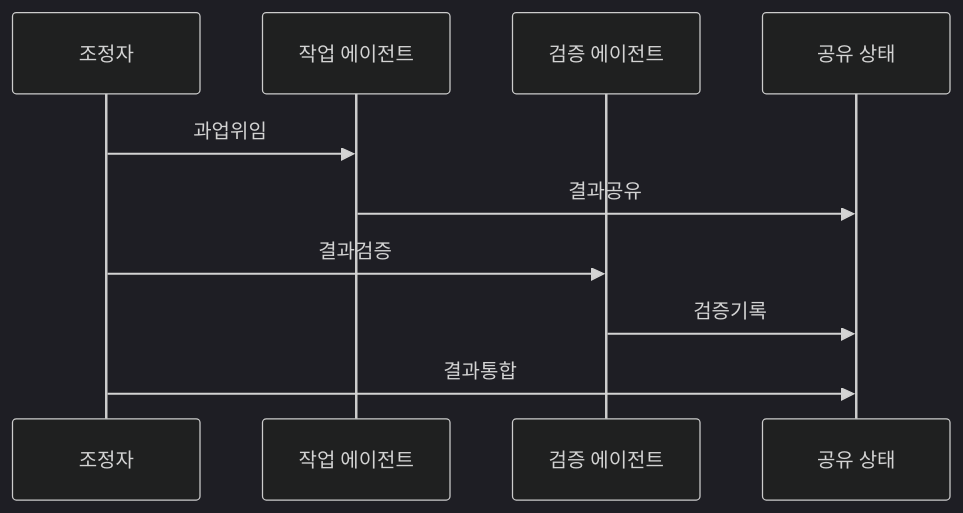
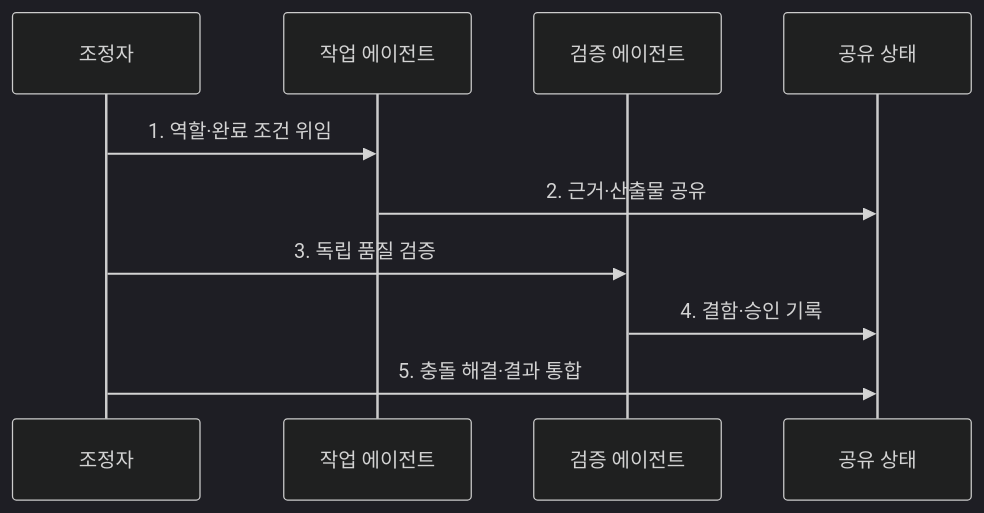
One commit to agnusdei1207/knowledge-base changed the second of 2 diagrams in src/content/docs/notes/08-latest-tech/013_multi_agent_collaboration.md. Above: the diagram before and after it, drawn with Mermaid (dark theme). The commit also changed other lines of this file and 16 other files, not shown here.

Commit message:
Add SVM chart comparisons and continue latest technology rewrite

````diff
--- a/src/content/docs/notes/08-latest-tech/013_multi_agent_collaboration.md
+++ b/src/content/docs/notes/08-latest-tech/013_multi_agent_collaboration.md
@@ -80,12 +76,12 @@
 ```mermaid
 sequenceDiagram
     participant C as 조정자
     participant W as 작업 에이전트
     participant V as 검증 에이전트
     participant S as 공유 상태
-    C->>W: 과업위임
-    W->>S: 결과공유
-    C->>V: 결과검증
-    V->>S: 검증기록
-    C->>S: 결과통합
+    C->>W: 1. 역할·완료 조건 위임
+    W->>S: 2. 근거·산출물 공유
+    C->>V: 3. 독립 품질 검증
+    V->>S: 4. 결함·승인 기록
+    C->>S: 5. 충돌 해결·결과 통합
 ```
````
